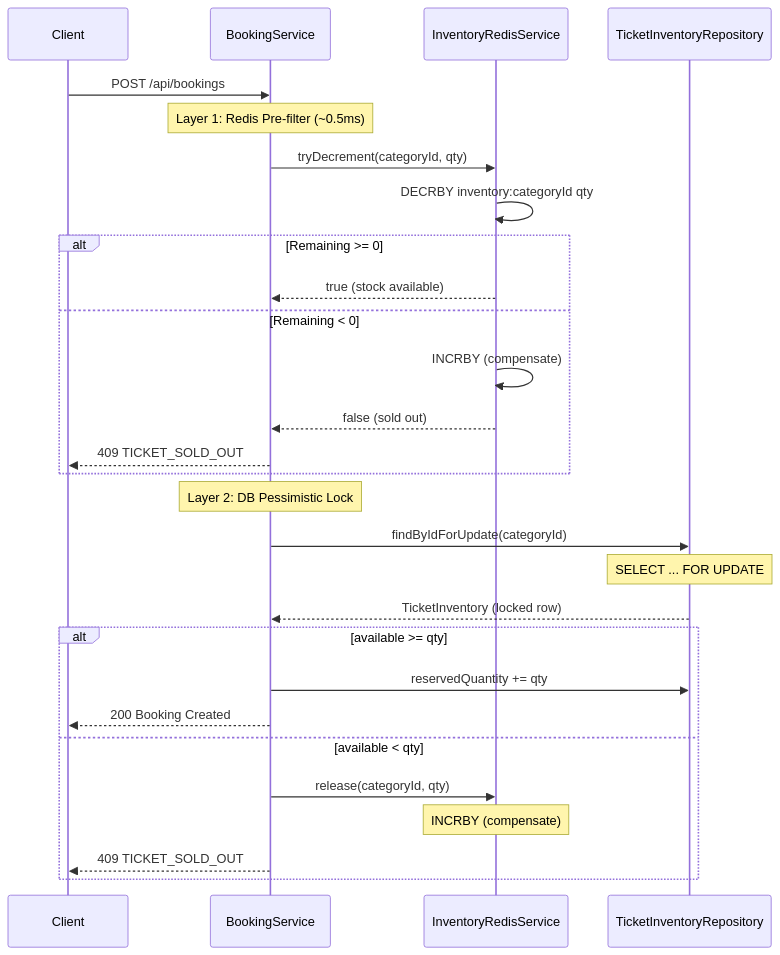
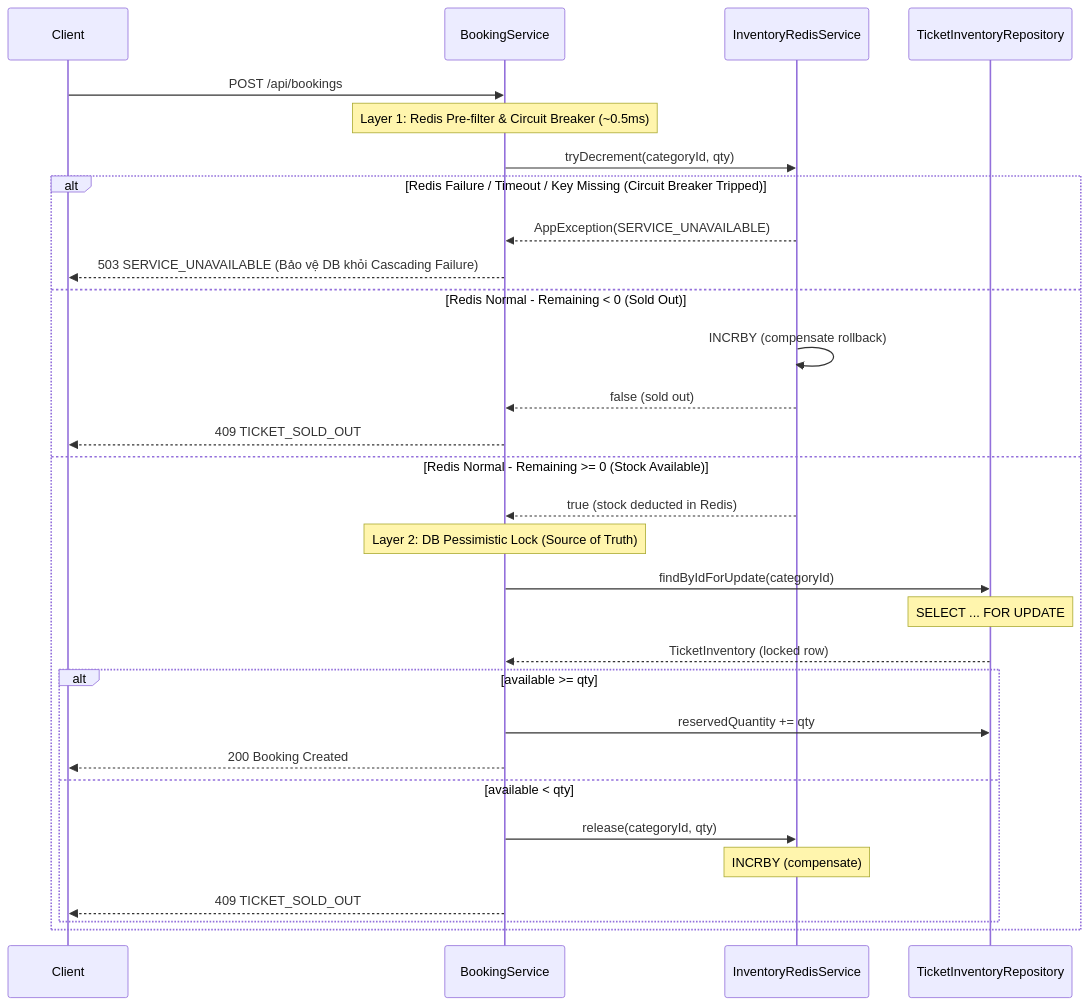
Before and after one commit to nguyenhoangkhq7/event-ticket-booking: the third of 5 diagrams in docs/system_and_database_design.md, drawn with Mermaid. The commit also changed other lines of this file and 3027 other files, not shown here.

````diff
--- a/docs/system_and_database_design.md
+++ b/docs/system_and_database_design.md
@@ -447,35 +448,37 @@
 ```mermaid
 sequenceDiagram
     participant C as Client
     participant BS as BookingService
     participant REDIS as InventoryRedisService
     participant DB as TicketInventoryRepository
 
     C->>BS: POST /api/bookings
 
-    Note over BS: Layer 1: Redis Pre-filter (~0.5ms)
+    Note over BS: Layer 1: Redis Pre-filter & Circuit Breaker (~0.5ms)
     BS->>REDIS: tryDecrement(categoryId, qty)
-    REDIS->>REDIS: DECRBY inventory:categoryId qty
 
-    alt Remaining >= 0
-        REDIS-->>BS: true (stock available)
-    else Remaining < 0
-        REDIS->>REDIS: INCRBY (compensate)
+    alt Redis Failure / Timeout / Key Missing (Circuit Breaker Tripped)
+        REDIS-->>BS: AppException(SERVICE_UNAVAILABLE)
+        BS-->>C: 503 SERVICE_UNAVAILABLE (Bảo vệ DB khỏi Cascading Failure)
+    else Redis Normal - Remaining < 0 (Sold Out)
+        REDIS->>REDIS: INCRBY (compensate rollback)
         REDIS-->>BS: false (sold out)
         BS-->>C: 409 TICKET_SOLD_OUT
-    end
+    else Redis Normal - Remaining >= 0 (Stock Available)
+        REDIS-->>BS: true (stock deducted in Redis)
 
-    Note over BS: Layer 2: DB Pessimistic Lock
-    BS->>DB: findByIdForUpdate(categoryId)
-    Note over DB: SELECT ... FOR UPDATE
-    DB-->>BS: TicketInventory (locked row)
+        Note over BS: Layer 2: DB Pessimistic Lock (Source of Truth)
+        BS->>DB: findByIdForUpdate(categoryId)
+        Note over DB: SELECT ... FOR UPDATE
+        DB-->>BS: TicketInventory (locked row)
 
-    alt available >= qty
-        BS->>DB: reservedQuantity += qty
-        BS-->>C: 200 Booking Created
-    else available < qty
-        BS->>REDIS: release(categoryId, qty)
-        Note over REDIS: INCRBY (compensate)
-        BS-->>C: 409 TICKET_SOLD_OUT
+        alt available >= qty
+            BS->>DB: reservedQuantity += qty
+            BS-->>C: 200 Booking Created
+        else available < qty
+            BS->>REDIS: release(categoryId, qty)
+            Note over REDIS: INCRBY (compensate)
+            BS-->>C: 409 TICKET_SOLD_OUT
+        end
     end
 ```
````
